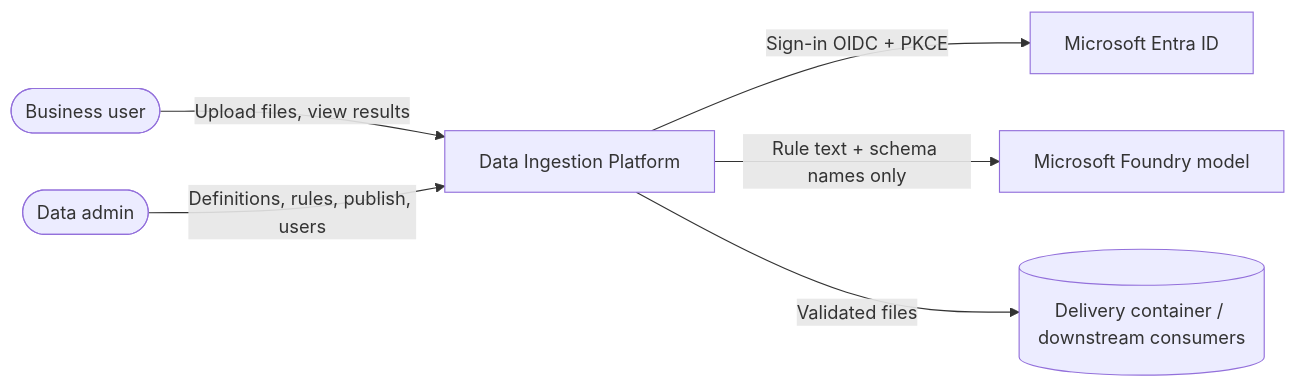
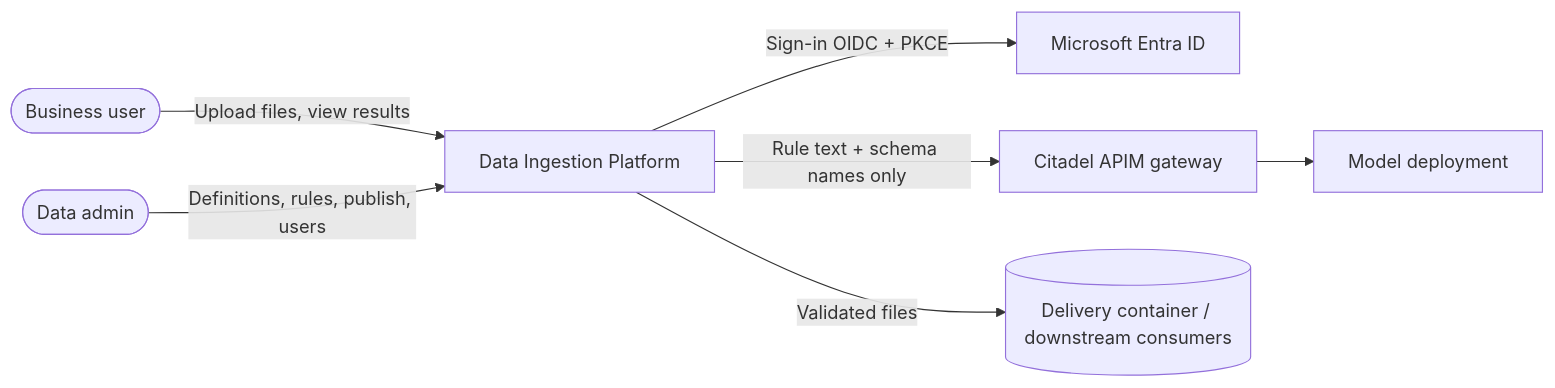
Before and after one commit to nabeelp/DataIngestionPlatform: the first of 5 diagrams in docs/architecture.md, drawn with Mermaid. The commit also changed other lines of this file and 19 other files, not shown here.

First line of the commit message:
Route model requests through Citadel API Management

````diff
--- a/docs/architecture.md
+++ b/docs/architecture.md
@@ -15,8 +15,8 @@
 ```mermaid
 flowchart LR
     User([Business user]) -->|Upload files, view results| DIP[Data Ingestion Platform]
     Admin([Data admin]) -->|Definitions, rules, publish, users| DIP
     DIP -->|Sign-in OIDC + PKCE| Entra[Microsoft Entra ID]
-    DIP -->|Rule text + schema names only| Foundry[Microsoft Foundry model]
+    DIP -->|Rule text + schema names only| Citadel[Citadel APIM gateway] --> Model[Model deployment]
     DIP -->|Validated files| Downstream[(Delivery container / downstream consumers)]
 ```
````
